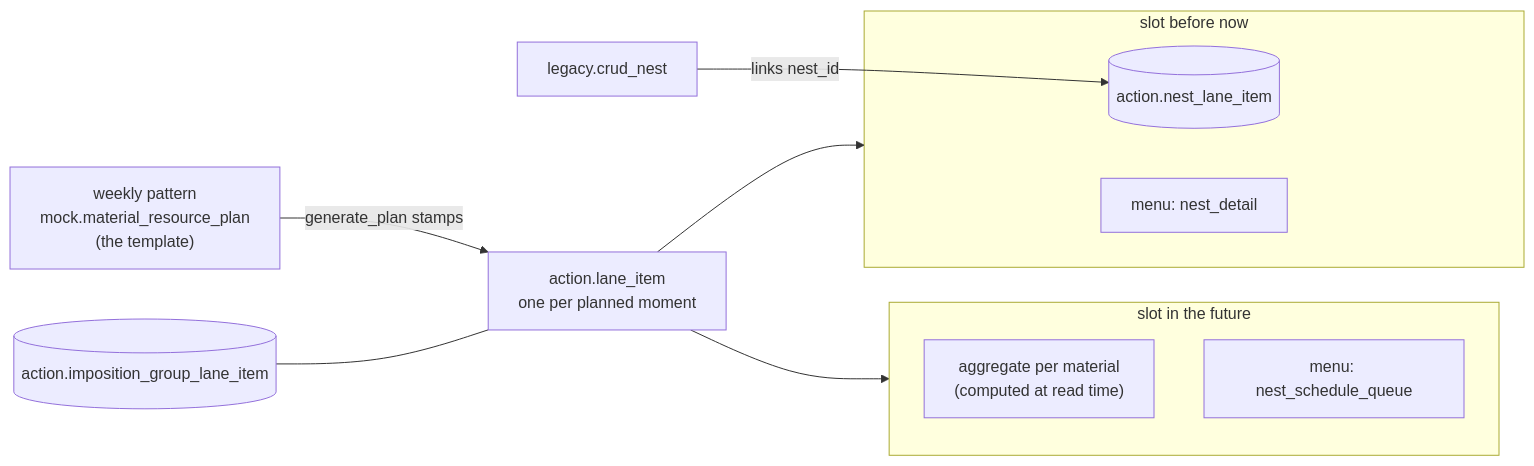
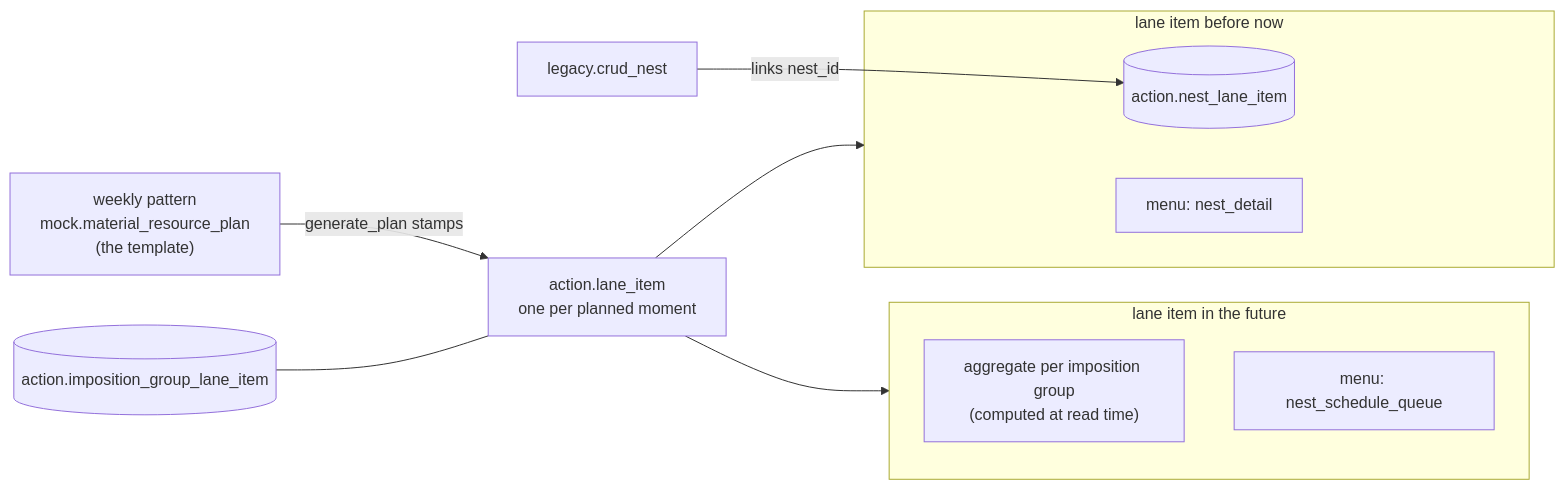
The diagram in docs/nest-planning-lane-items.md (CeesBolijn/postgres-sflex-nl), drawn with Mermaid before and after one commit. The commit also changed other lines of this file and 2 other files, not shown here.

First line of the commit message:
docs+fix: nest linking goes through imposition_group_lane_item — the alias join

````diff
--- a/docs/nest-planning-lane-items.md
+++ b/docs/nest-planning-lane-items.md
@@ -11,16 +11,16 @@
 ```mermaid
 flowchart LR
     P["weekly pattern<br/>mock.material_resource_plan<br/>(the template)"] -->|"generate_plan stamps"| L["action.lane_item<br/>one per planned moment"]
-    M[(action.imposition_group_lane_item)] --- L
-    subgraph future["slot in the future"]
-        A["aggregate per material<br/>(computed at read time)"]
+    G[(action.imposition_group_lane_item)] --- L
+    subgraph future["lane item in the future"]
+        A["aggregate per imposition group<br/>(computed at read time)"]
         Q["menu: nest_schedule_queue"]
     end
-    subgraph past["slot before now"]
+    subgraph past["lane item before now"]
         N[(action.nest_lane_item)]
         D["menu: nest_detail"]
     end
     L --> future
     L --> past
     C["legacy.crud_nest"] -->|"links nest_id"| N
 ```
````
